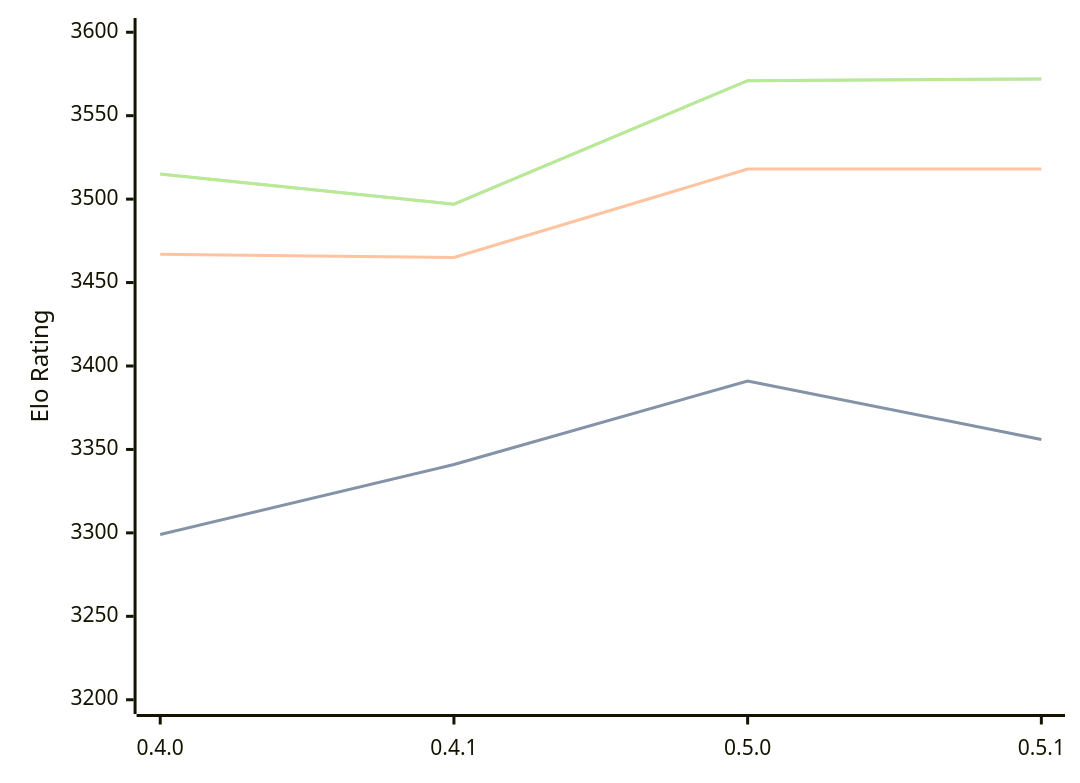
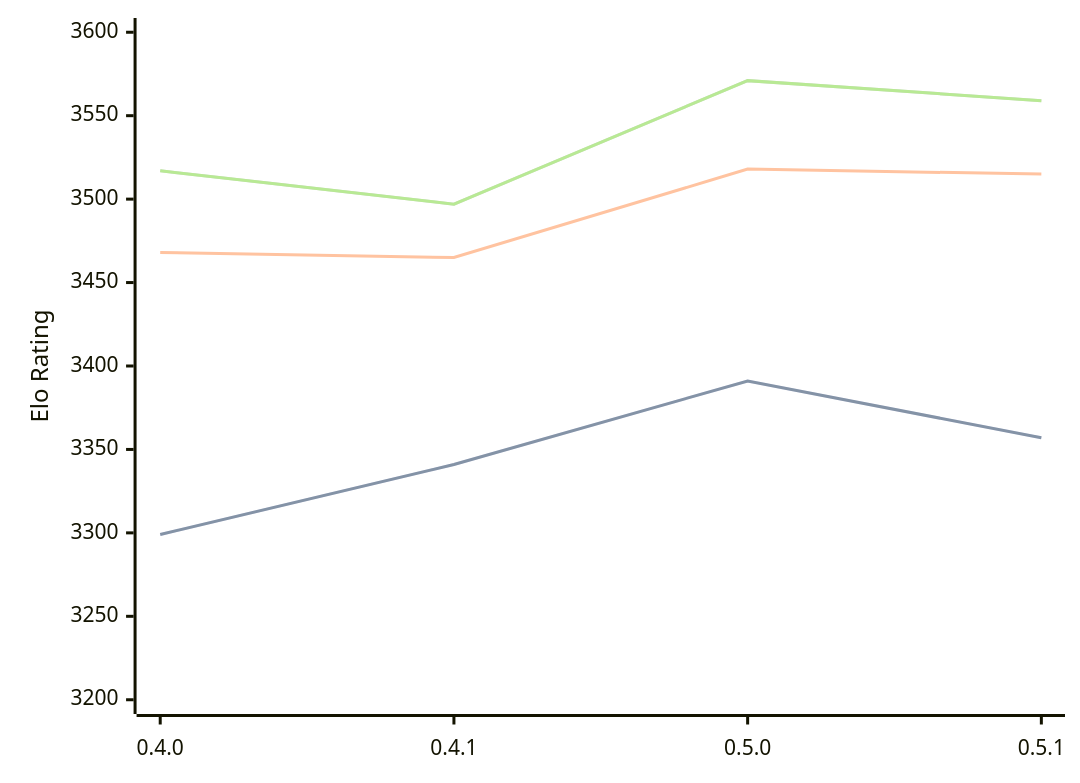
Before and after one commit to computer-chess-index/cci: the first of 3 diagrams in engines/Cinder.md, drawn with Mermaid. The commit also changed other lines of this file, not shown here.

Commit message:
Update CCI Ratings (ELO VLTC) - 2026-07-13

````diff
--- a/engines/Cinder.md
+++ b/engines/Cinder.md
@@ -42,11 +43,11 @@
 ```mermaid
 %%{init: {"theme":"base","themeVariables":{"seriesColors:['#a3a3a3','#222221','#faa371']}}}%%
 xychart-beta
   x-axis ["0.4.0", "0.4.1", "0.5.0", "0.5.1"]
   y-axis "Elo Rating" 3200 --> 3600
-  line "STC (8.0+0.08s)" [3299, 3341, 3391, 3356]
-  line "STC (8.0+0.08s)" [3299, 3341, 3391, 3356]
-  line "LTC (60.0+0.60s)" [3467, 3465, 3518, 3518]
-  line "VLTC (2m24s+1.12s)" [3515, 3497, 3571, 3572]
-  line "VLTC (2m24s+1.12s)" [3515, 3497, 3571, 3572]
+  line "STC (8.0+0.08s)" [3299, 3341, 3391, 3357]
+  line "STC (8.0+0.08s)" [3299, 3341, 3391, 3357]
+  line "LTC (60.0+0.60s)" [3468, 3465, 3518, 3515]
+  line "VLTC (2m24s+1.12s)" [3517, 3497, 3571, 3559]
+  line "VLTC (2m24s+1.12s)" [3517, 3497, 3571, 3559]
 ```
````
